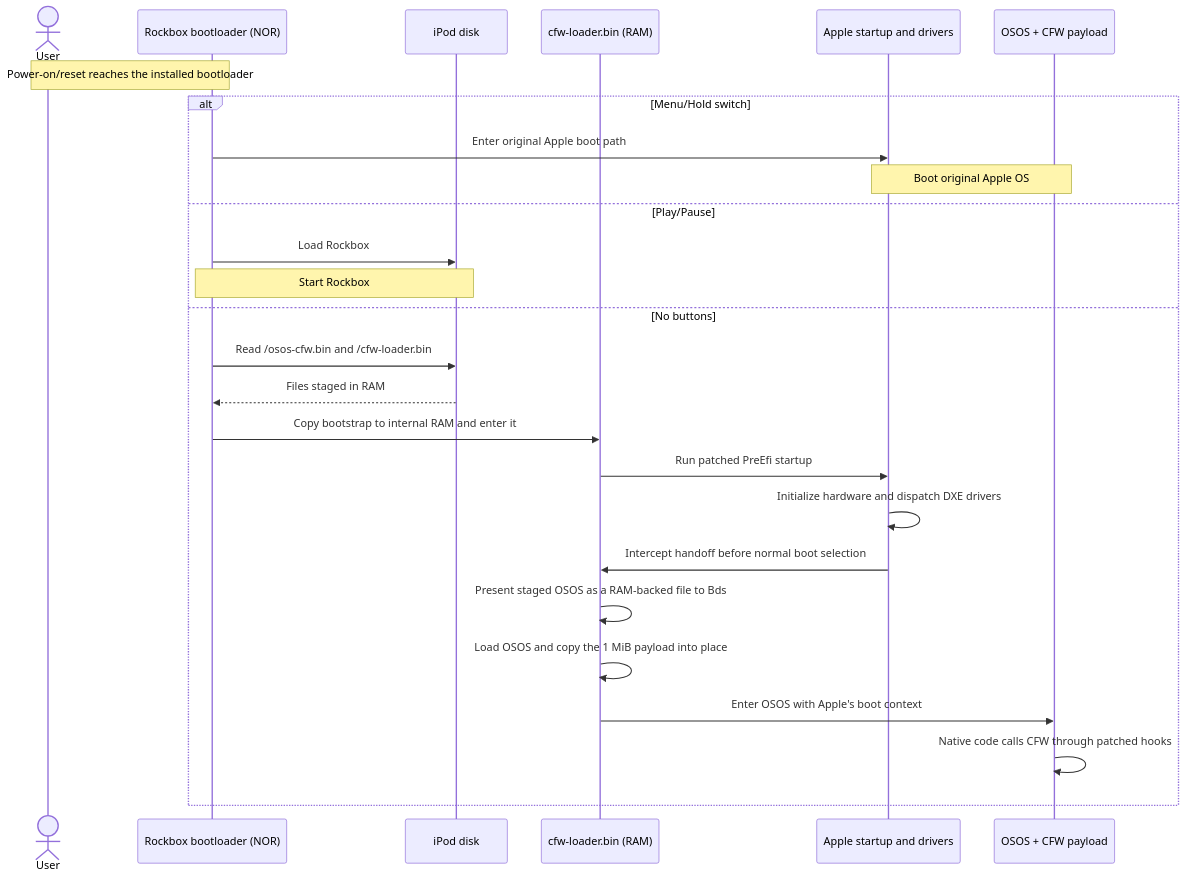
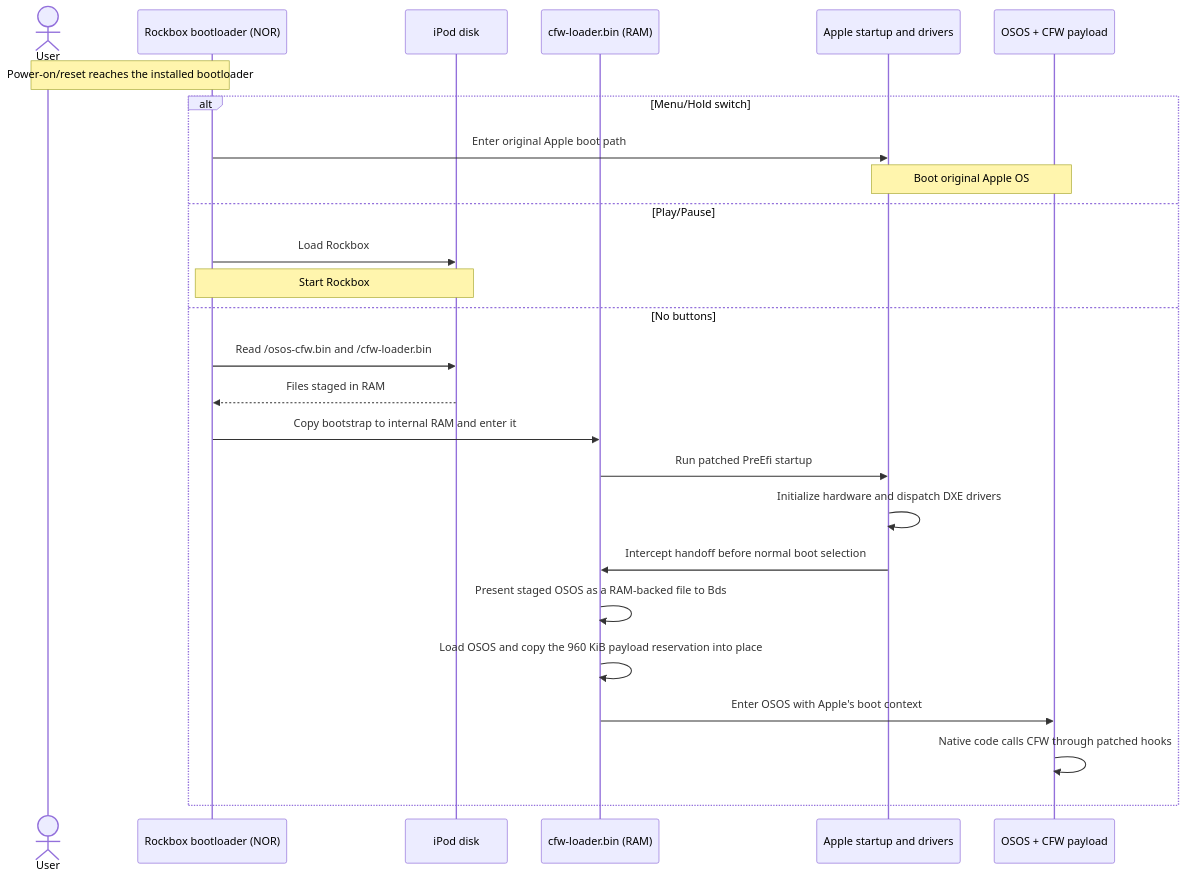
One commit to lgreitis/osos-lab changed the diagram in docs/boot.md. Above: the diagram before and after it, drawn with Mermaid. The commit also changed 103 other files, not shown here.

````diff
--- a/docs/boot.md
+++ b/docs/boot.md
@@ -13,29 +13,29 @@
 ```mermaid
 sequenceDiagram
     actor User
     participant RB as Rockbox bootloader (NOR)
     participant Disk as iPod disk
     participant Companion as cfw-loader.bin (RAM)
     participant Apple as Apple startup and drivers
     participant OS as OSOS + CFW payload
 
     Note over User,RB: Power-on/reset reaches the installed bootloader
     alt Menu/Hold switch
         RB->>Apple: Enter original Apple boot path
         Note over Apple,OS: Boot original Apple OS
     else Play/Pause
         RB->>Disk: Load Rockbox
         Note over RB,Disk: Start Rockbox
     else No buttons
         RB->>Disk: Read /osos-cfw.bin and /cfw-loader.bin
         Disk-->>RB: Files staged in RAM
         RB->>Companion: Copy bootstrap to internal RAM and enter it
         Companion->>Apple: Run patched PreEfi startup
         Apple->>Apple: Initialize hardware and dispatch DXE drivers
         Apple->>Companion: Intercept handoff before normal boot selection
         Companion->>Companion: Present staged OSOS as a RAM-backed file to Bds
-        Companion->>Companion: Load OSOS and copy the 1 MiB payload into place
+        Companion->>Companion: Load OSOS and copy the 960 KiB payload reservation into place
         Companion->>OS: Enter OSOS with Apple's boot context
         OS->>OS: Native code calls CFW through patched hooks
     end
 ```
````
